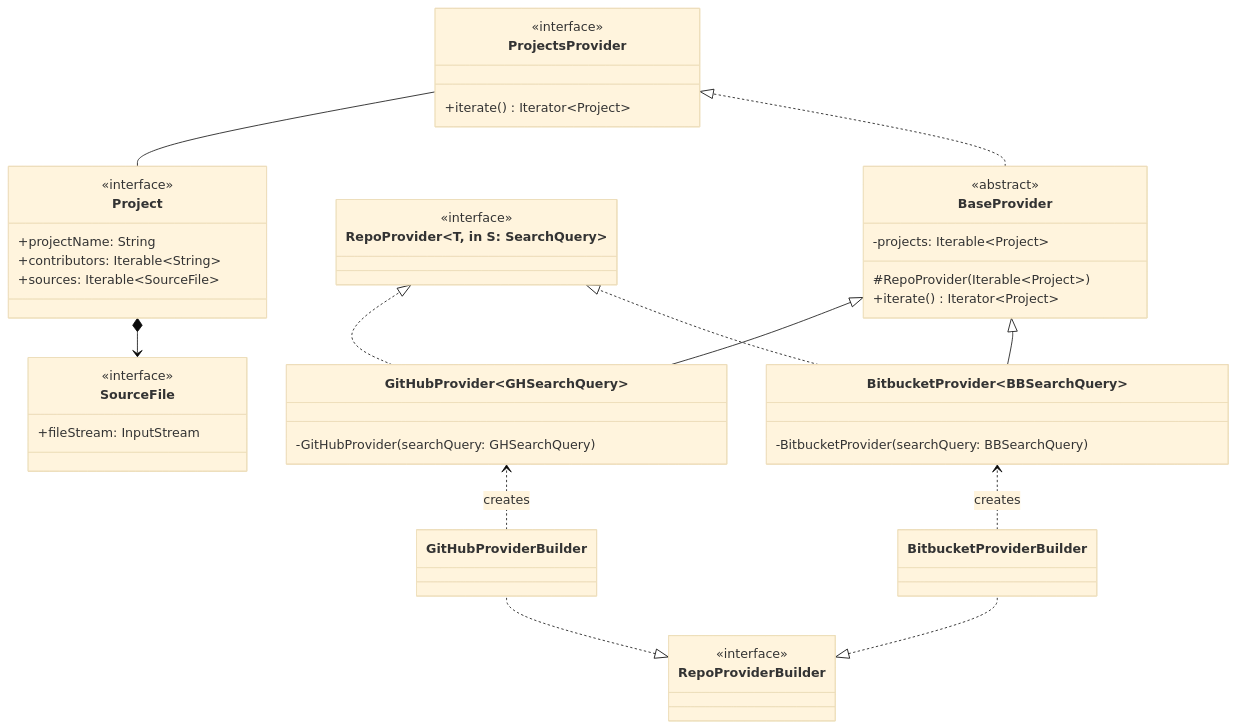
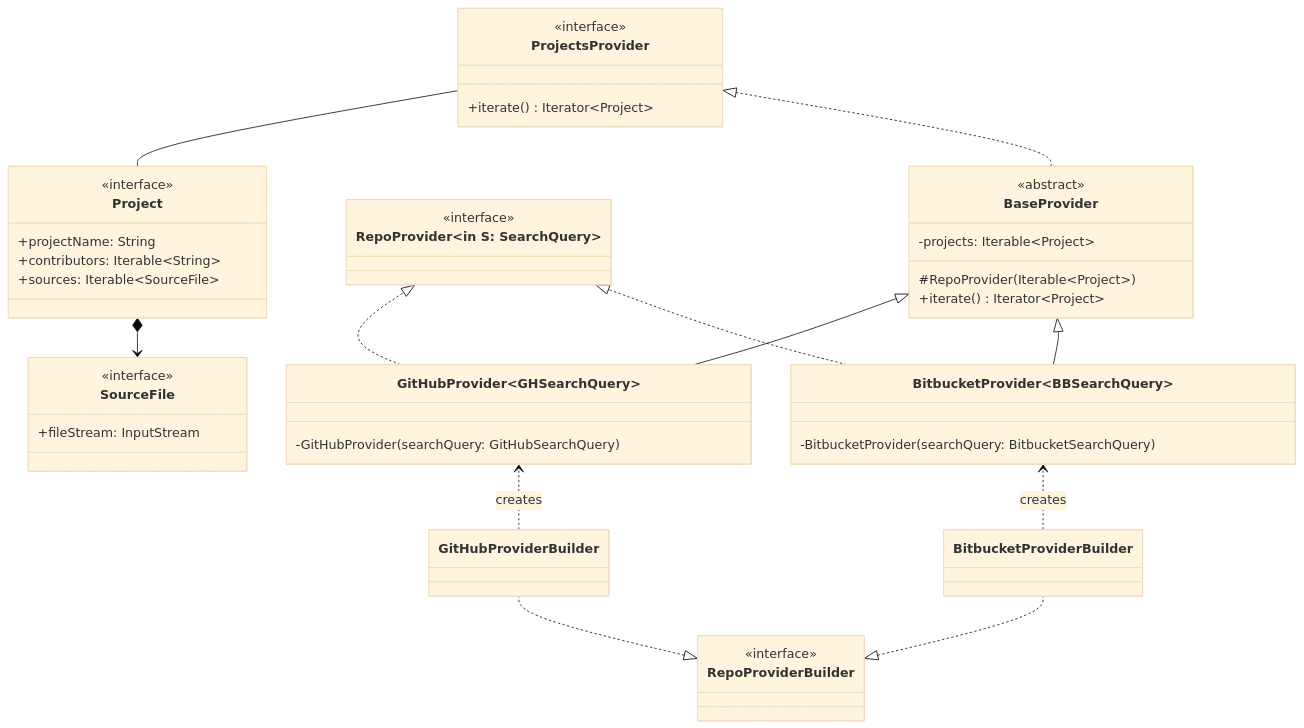
One commit to tassiLuca/code-plagiarism-detector-doc changed the third of 8 diagrams in doc.md. Above: the diagram before and after it, drawn with Mermaid (base theme).

Commit message:
docs: replaced names

````diff
--- a/doc.md
+++ b/doc.md
@@ -122,56 +122,56 @@
 ```mermaid
 classDiagram
     direction BT
     class Project {
         <<interface>>
         +projectName: String
         +contributors: Iterable~String~
         +sources: Iterable~SourceFile~
     }
     class SourceFile {
         <<interface>>
         +fileStream: InputStream
     }
     SourceFile <--* Project
 
     class ProjectsProvider {
         <<interface>>
         +iterate() Iterator~Project~
     }
     Project -- ProjectsProvider
 
-    class RepoProvider~T, in S: SearchQuery<T>~ {
+    class RepoProvider~in S: SearchQuery~ {
         <<interface>>
     }
 
     class GitHubProvider~GHSearchQuery~ {
-        -GitHubProvider(searchQuery: GHSearchQuery)
+        -GitHubProvider(searchQuery: GitHubSearchQuery)
     }
     class BitbucketProvider~BBSearchQuery~ {
-        -BitbucketProvider(searchQuery: BBSearchQuery)
+        -BitbucketProvider(searchQuery: BitbucketSearchQuery)
     }
 
     GitHubProvider ..|> RepoProvider
     BitbucketProvider ..|> RepoProvider
 
     class BaseProvider {
         <<abstract>>
         -projects: Iterable~Project~
         #RepoProvider(Iterable~Project~)
         +iterate() Iterator~Project~
     }
     
     BaseProvider ..|> ProjectsProvider
     GitHubProvider --|> BaseProvider
     BitbucketProvider --|> BaseProvider
 
     class RepoProviderBuilder {
         <<interface>>
     }
     class GitHubProviderBuilder
     class BitbucketProviderBuilder
     RepoProviderBuilder <|.. GitHubProviderBuilder
     RepoProviderBuilder <|.. BitbucketProviderBuilder
     GitHubProviderBuilder ..> GitHubProvider: creates
     BitbucketProviderBuilder ..> BitbucketProvider: creates
 ```
````
